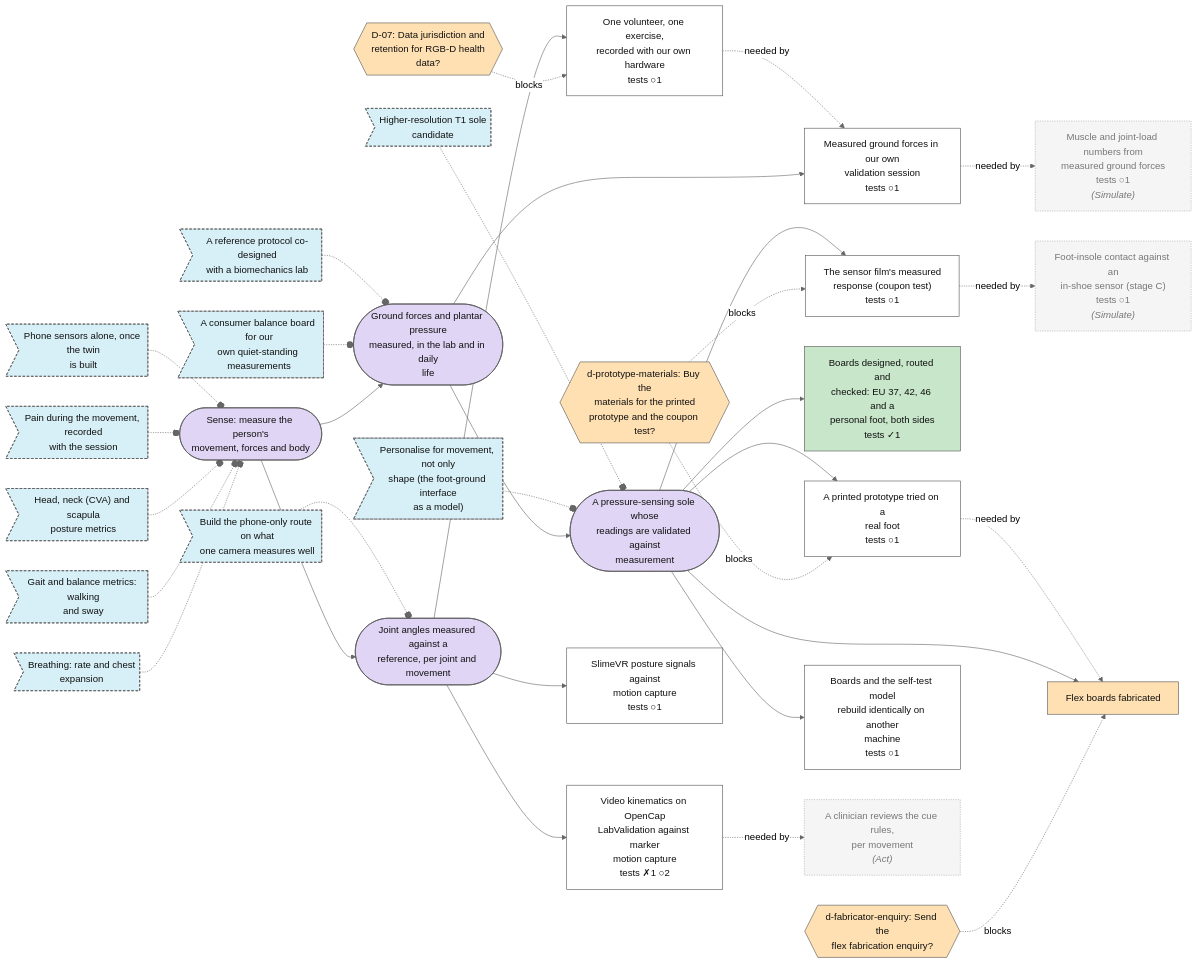
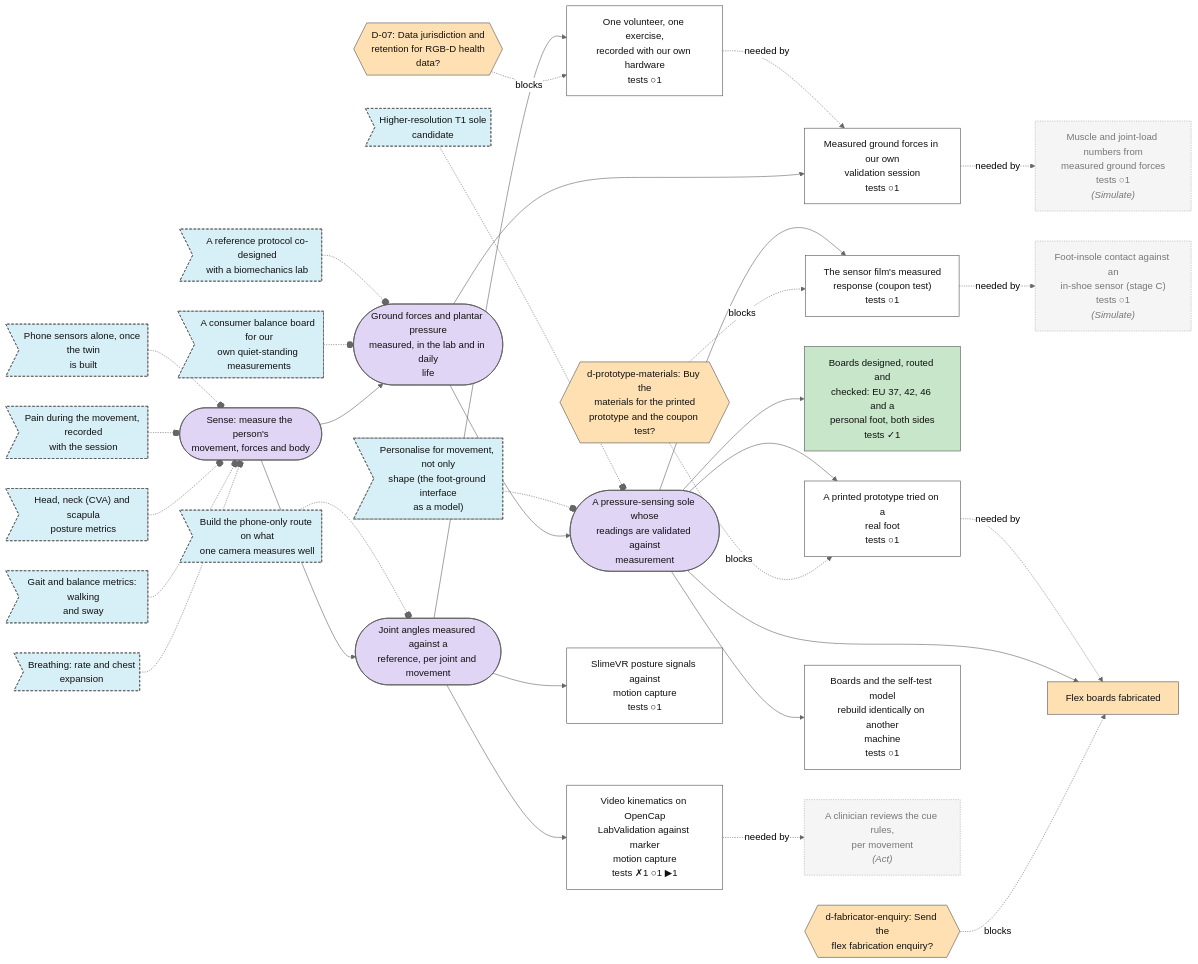
One commit to Sigurius23/Rehab-agent changed the second of 7 diagrams in plan/MAP.md. Above: the diagram before and after it, drawn with Mermaid (neutral theme). The commit also changed other lines of this file and 2 other files, not shown here.

````diff
--- a/plan/MAP.md
+++ b/plan/MAP.md
@@ -47,82 +47,82 @@
 ```mermaid
 flowchart LR
   n0{{"D-07: Data jurisdiction and<br/>retention for RGB-D health<br/>data?"}}:::decision_open
   n1{{"d-fabricator-enquiry: Send the<br/>flex fabrication enquiry?"}}:::decision_open
   n2{{"d-prototype-materials: Buy the<br/>materials for the printed<br/>prototype and the coupon test?"}}:::decision_open
   n3["Measured ground forces in our own<br/>validation session<br/>tests ○1"]:::step_open
   n4(["Ground forces and plantar pressure<br/>measured, in the lab and in daily<br/>life"]):::goal_open
   n5(["Joint angles measured against a<br/>reference, per joint and movement"]):::goal_open
   n6(["A pressure-sensing sole whose<br/>readings are validated against<br/>measurement"]):::goal_open
   n7>"A consumer balance board for our<br/>own quiet-standing measurements"]:::idea_new
   n8>"Breathing: rate and chest<br/>expansion"]:::idea_new
   n9>"Gait and balance metrics: walking<br/>and sway"]:::idea_new
   n10>"Head, neck (CVA) and scapula<br/>posture metrics"]:::idea_new
   n11>"A reference protocol co-designed<br/>with a biomechanics lab"]:::idea_new
   n12>"Personalise for movement, not only<br/>shape (the foot-ground interface<br/>as a model)"]:::idea_new
   n13>"Build the phone-only route on what<br/>one camera measures well"]:::idea_new
   n14>"Pain during the movement, recorded<br/>with the session"]:::idea_new
   n15>"Phone sensors alone, once the twin<br/>is built"]:::idea_new
   n16>"Higher-resolution T1 sole<br/>candidate"]:::idea_new
-  n17["Video kinematics on OpenCap<br/>LabValidation against marker<br/>motion capture<br/>tests ✗1 ○2"]:::step_open
+  n17["Video kinematics on OpenCap<br/>LabValidation against marker<br/>motion capture<br/>tests ✗1 ○1 ▶1"]:::step_open
   n18["One volunteer, one exercise,<br/>recorded with our own hardware<br/>tests ○1"]:::step_open
   n19(["Sense: measure the person's<br/>movement, forces and body"]):::goal_open
   n20["Boards designed, routed and<br/>checked: EU 37, 42, 46 and a<br/>personal foot, both sides<br/>tests ✓1"]:::step_done
   n21["The sensor film's measured<br/>response (coupon test)<br/>tests ○1"]:::step_open
   n22["Flex boards fabricated"]:::step_blocked
   n23["A printed prototype tried on a<br/>real foot<br/>tests ○1"]:::step_open
   n24["Boards and the self-test model<br/>rebuild identically on another<br/>machine<br/>tests ○1"]:::step_open
   n25["SlimeVR posture signals against<br/>motion capture<br/>tests ○1"]:::step_open
   n26["A clinician reviews the cue rules,<br/>per movement<br/><i>(Act)</i>"]:::external
   n27["Muscle and joint-load numbers from<br/>measured ground forces<br/>tests ○1<br/><i>(Simulate)</i>"]:::external
   n28["Foot-insole contact against an<br/>in-shoe sensor (stage C)<br/>tests ○1<br/><i>(Simulate)</i>"]:::external
   n0 -. blocks .-> n18
   n1 -. blocks .-> n22
   n2 -. blocks .-> n23
   n2 -. blocks .-> n21
   n4 --> n3
   n18 -. needed by .-> n3
   n19 --> n4
   n19 --> n5
   n4 --> n6
   n7 -.-o n4
   n8 -.-o n19
   n9 -.-o n19
   n10 -.-o n19
   n11 -.-o n4
   n12 -.-o n6
   n13 -.-o n5
   n14 -.-o n19
   n15 -.-o n19
   n16 -.-o n6
   n5 --> n17
   n5 --> n18
   n6 --> n20
   n6 --> n21
   n6 --> n22
   n23 -. needed by .-> n22
   n6 --> n23
   n6 --> n24
   n5 --> n25
   n17 -. needed by .-> n26
   n3 -. needed by .-> n27
   n21 -. needed by .-> n28
   classDef goal_open fill:#e1d5f5,stroke:#555,color:#111
   classDef goal_done fill:#c8e6c9,stroke:#555,color:#111
   classDef step_open fill:#ffffff,stroke:#555,color:#111
   classDef step_doing fill:#fff3c4,stroke:#555,color:#111
   classDef step_done fill:#c8e6c9,stroke:#555,color:#111
   classDef step_blocked fill:#ffe0b2,stroke:#555,color:#111
   classDef step_dropped fill:#eeeeee,stroke:#555,color:#111
   classDef test_planned fill:#ffffff,stroke:#555,color:#111
   classDef test_running fill:#fff3c4,stroke:#555,color:#111
   classDef test_passed fill:#c8e6c9,stroke:#555,color:#111
   classDef test_failed fill:#ffcdd2,stroke:#555,color:#111
   classDef test_mixed fill:#fff3c4,stroke:#555,color:#111
   classDef test_dropped fill:#eeeeee,stroke:#555,color:#111
   classDef idea_new fill:#d7f0f7,stroke:#555,color:#111,stroke-dasharray: 4 3
   classDef idea_promoted fill:#eeeeee,stroke:#555,color:#111,stroke-dasharray: 4 3
   classDef idea_dropped fill:#eeeeee,stroke:#555,color:#111,stroke-dasharray: 4 3
   classDef decision_open fill:#ffe0b2,stroke:#555,color:#111
   classDef decision_decided fill:#ffe0b2,stroke:#555,color:#111
   classDef external fill:#f5f5f5,stroke:#aaa,color:#777,stroke-dasharray: 2 2
 ```
````
